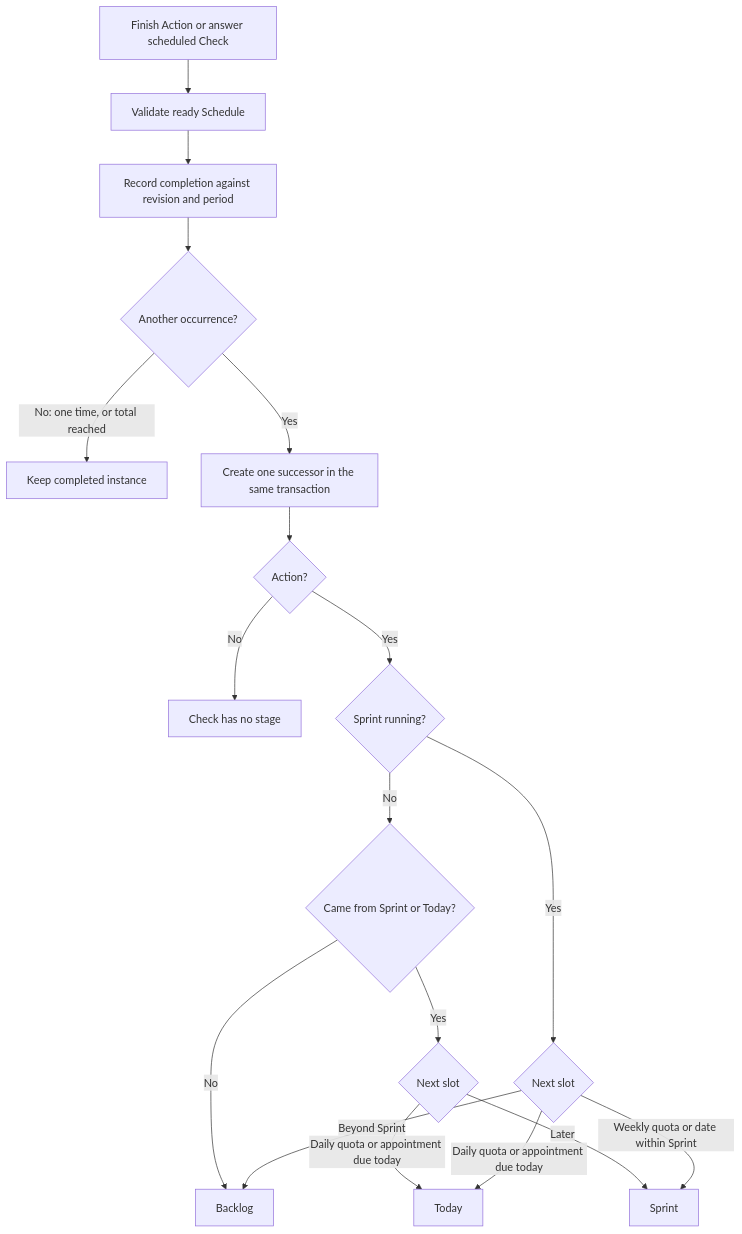
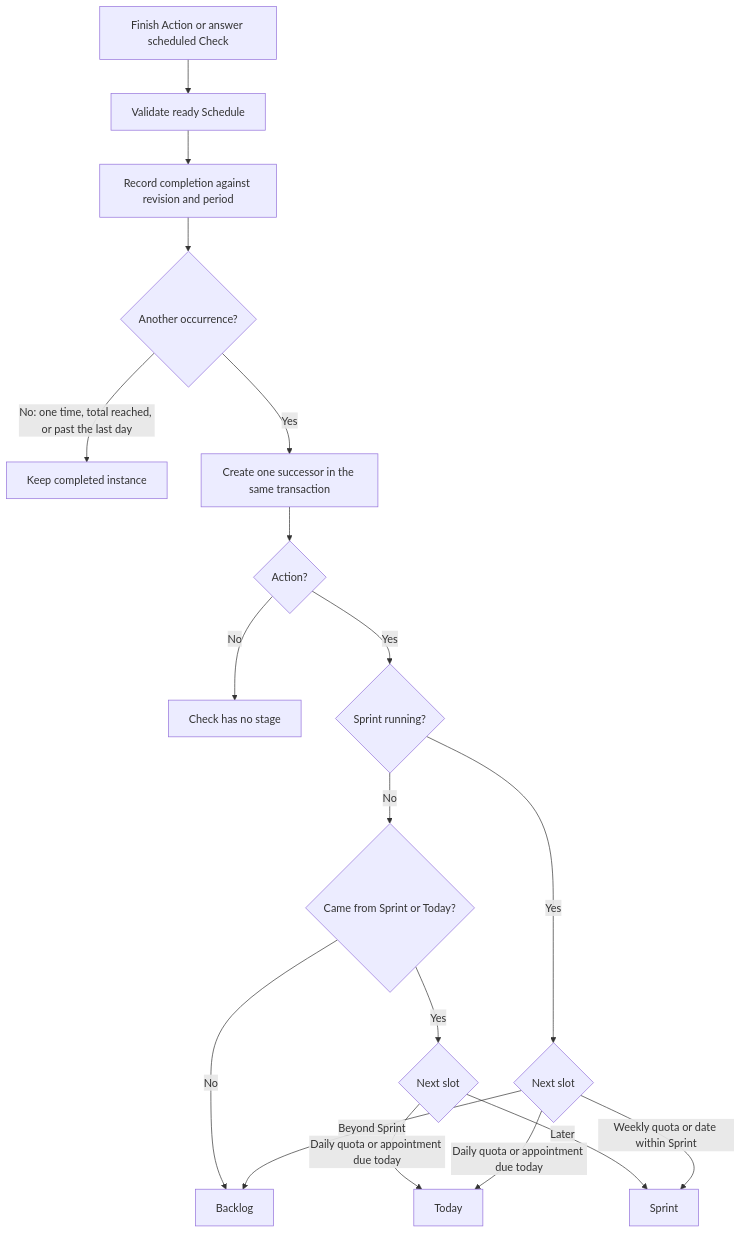
Before and after one commit to myvaheed/tg-ai-safwa: the second of 3 diagrams in docs/SCHEDULES.md, drawn with Mermaid. The commit also changed other lines of this file and 27 other files, not shown here.

````diff
--- a/docs/SCHEDULES.md
+++ b/docs/SCHEDULES.md
@@ -102,20 +122,20 @@
 ```mermaid
 flowchart TD
     A[Finish Action or answer scheduled Check] --> B[Validate ready Schedule]
     B --> C[Record completion against revision and period]
     C --> D{Another occurrence?}
-    D -->|No: one time, or total reached| E[Keep completed instance]
+    D -->|No: one time, total reached, or past the last day| E[Keep completed instance]
     D -->|Yes| F[Create one successor in the same transaction]
     F --> G{Action?}
     G -->|No| H[Check has no stage]
     G -->|Yes| I{Sprint running?}
     I -->|No| P{Came from Sprint or Today?}
     P -->|No| B2[Backlog]
     P -->|Yes| Q{Next slot}
     Q -->|Daily quota or appointment due today| T
     Q -->|Later| K[Sprint]
     I -->|Yes| J{Next slot}
     J -->|Daily quota or appointment due today| T[Today]
     J -->|Weekly quota or date within Sprint| K
     J -->|Beyond Sprint| B2
 ```
````
